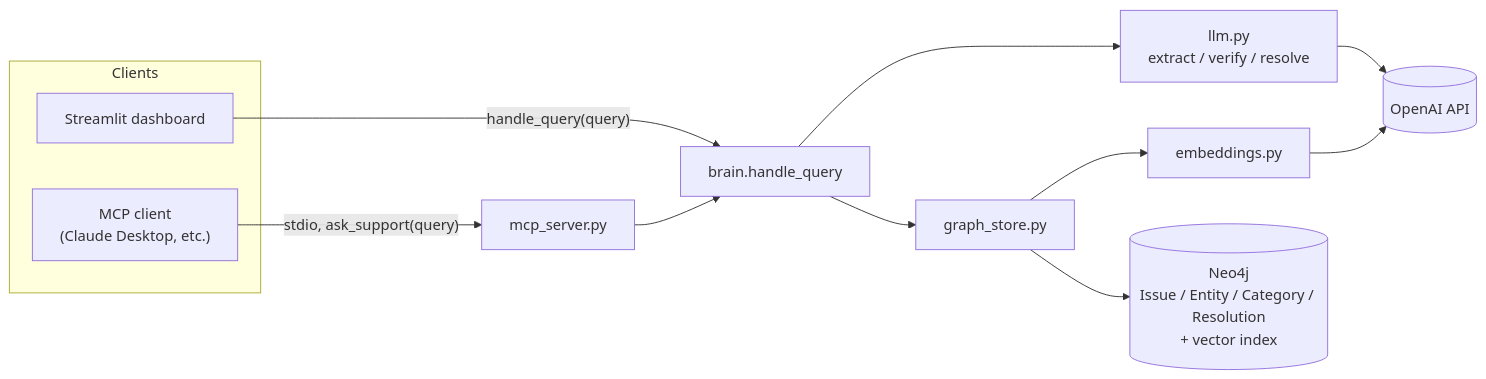
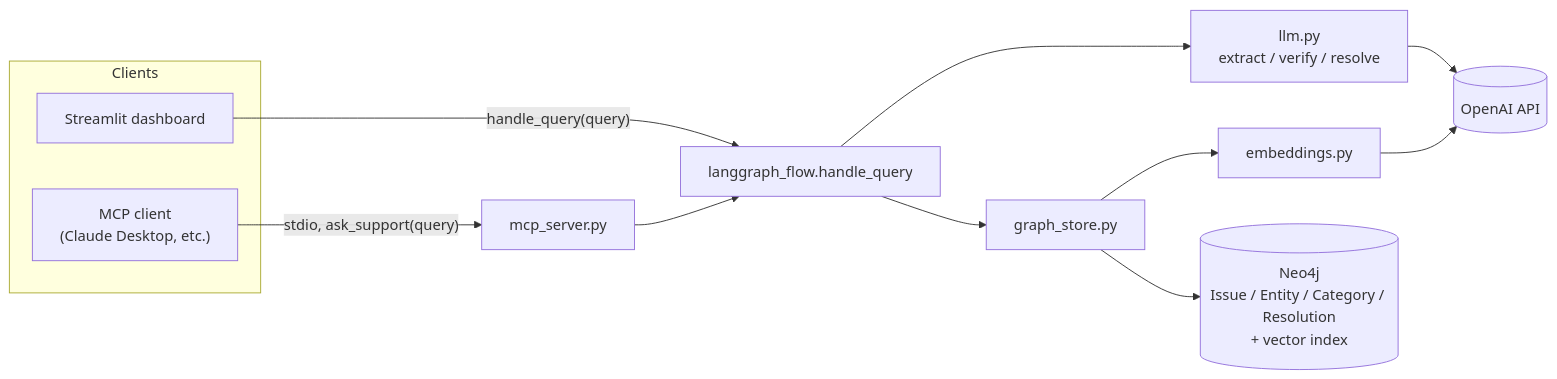
One commit to SANJAYSIVANANDAN/supportpilot changed the first of 4 diagrams in kg_agent/ARCHITECTURE.md. Above: the diagram before and after it, drawn with Mermaid. The commit also changed other lines of this file and 14 other files, not shown here.

First line of the commit message:
Replace brain.py with a LangGraph StateGraph, trim docs to README+ARCHITECTURE

````diff
--- a/kg_agent/ARCHITECTURE.md
+++ b/kg_agent/ARCHITECTURE.md
@@ -8,19 +8,19 @@
 ```mermaid
 flowchart LR
     subgraph Clients
         MCP["MCP client\n(Claude Desktop, etc.)"]
         UI["Streamlit dashboard"]
     end
 
     MCP -- "stdio, ask_support(query)" --> Server[mcp_server.py]
     UI -- "handle_query(query)" --> Brain
 
-    Server --> Brain[brain.handle_query]
+    Server --> Brain[langgraph_flow.handle_query]
 
     Brain --> LLM[llm.py\nextract / verify / resolve]
     Brain --> Graph[graph_store.py]
     LLM --> OpenAI[(OpenAI API)]
     Graph --> Embed[embeddings.py]
     Embed --> OpenAI
     Graph --> Neo4j[(Neo4j\nIssue / Entity / Category / Resolution\n+ vector index)]
 ```
````
